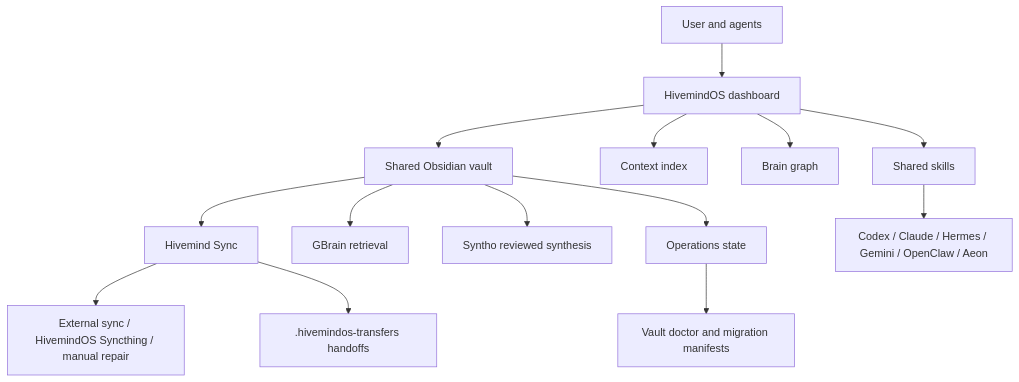
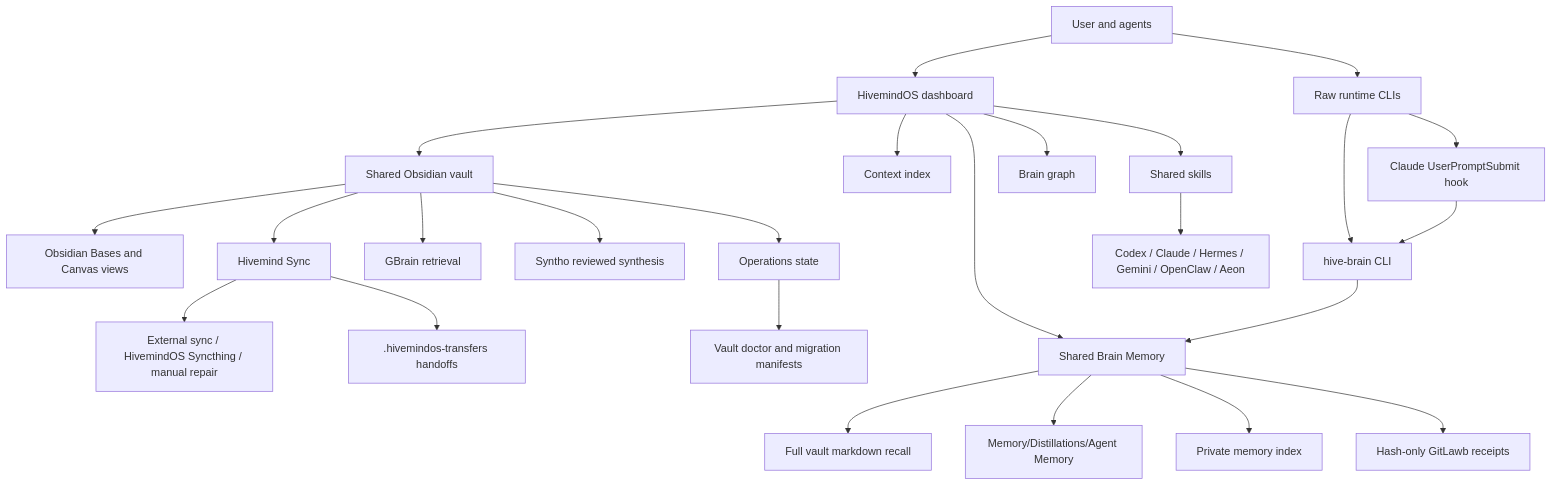
One commit to LiamVisionary/hivemindos changed the diagram in docs/whole-brain/index.md. Above: the diagram before and after it, drawn with Mermaid. The commit also changed other lines of this file and 102 other files, not shown here.

````diff
--- a/docs/whole-brain/index.md
+++ b/docs/whole-brain/index.md
@@ -59,16 +59,27 @@
 ```mermaid
 flowchart TD
   User["User and agents"] --> Dashboard["HivemindOS dashboard"]
+  User --> RawAgents["Raw runtime CLIs"]
   Dashboard --> Vault["Shared Obsidian vault"]
   Dashboard --> ContextIndex["Context index"]
+  Dashboard --> BrainMemory["Shared Brain Memory"]
   Dashboard --> BrainGraph["Brain graph"]
   Dashboard --> Skills["Shared skills"]
+  RawAgents --> HiveBrain["hive-brain CLI"]
+  RawAgents --> ClaudeHook["Claude UserPromptSubmit hook"]
+  HiveBrain --> BrainMemory
+  ClaudeHook --> HiveBrain
+  BrainMemory --> VaultMarkdown["Full vault markdown recall"]
+  BrainMemory --> MemoryNotes["Memory/Distillations/Agent Memory"]
+  BrainMemory --> MemoryIndex["Private memory index"]
+  BrainMemory --> Proofs["Hash-only GitLawb receipts"]
+  Vault --> NativeViews["Obsidian Bases and Canvas views"]
   Vault --> SyncOwner["Hivemind Sync"]
   SyncOwner --> VaultOwner["External sync / HivemindOS Syncthing / manual repair"]
   SyncOwner --> Transfers[".hivemindos-transfers handoffs"]
   Vault --> GBrain["GBrain retrieval"]
   Vault --> Syntho["Syntho reviewed synthesis"]
   Vault --> Operations["Operations state"]
   Skills --> RuntimeProviders["Codex / Claude / Hermes / Gemini / OpenClaw / Aeon"]
   Operations --> Doctor["Vault doctor and migration manifests"]
 ```
````
